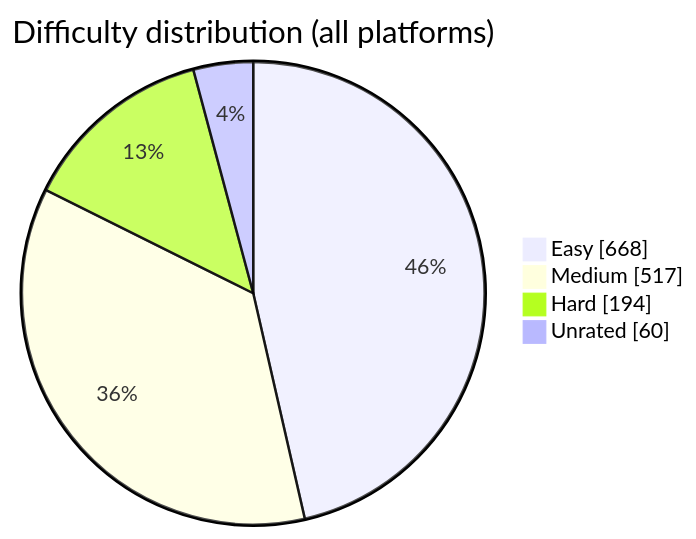
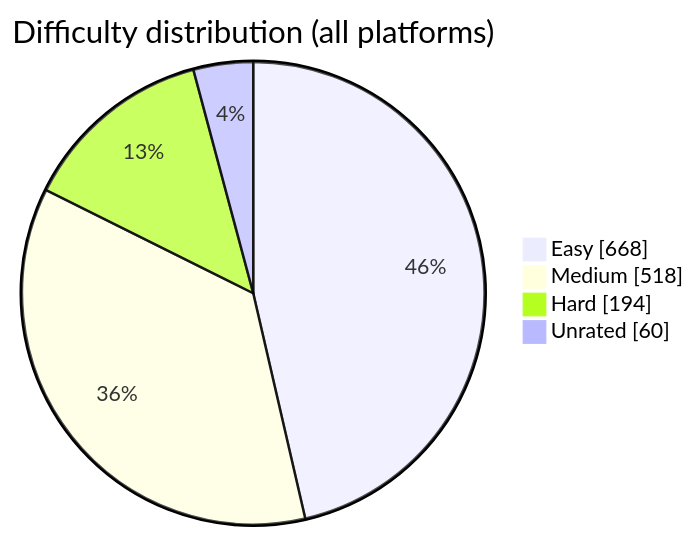
Before and after one commit to BuildbyArindam/Daily-Coding-Log: the diagram in README.md, drawn with Mermaid. The commit also changed other lines of this file, not shown here.

````diff
--- a/README.md
+++ b/README.md
@@ -93,7 +93,7 @@
 ```mermaid
 pie showData title Difficulty distribution (all platforms)
     "Easy" : 668
-    "Medium" : 517
+    "Medium" : 518
     "Hard" : 194
     "Unrated" : 60
 ```
````
